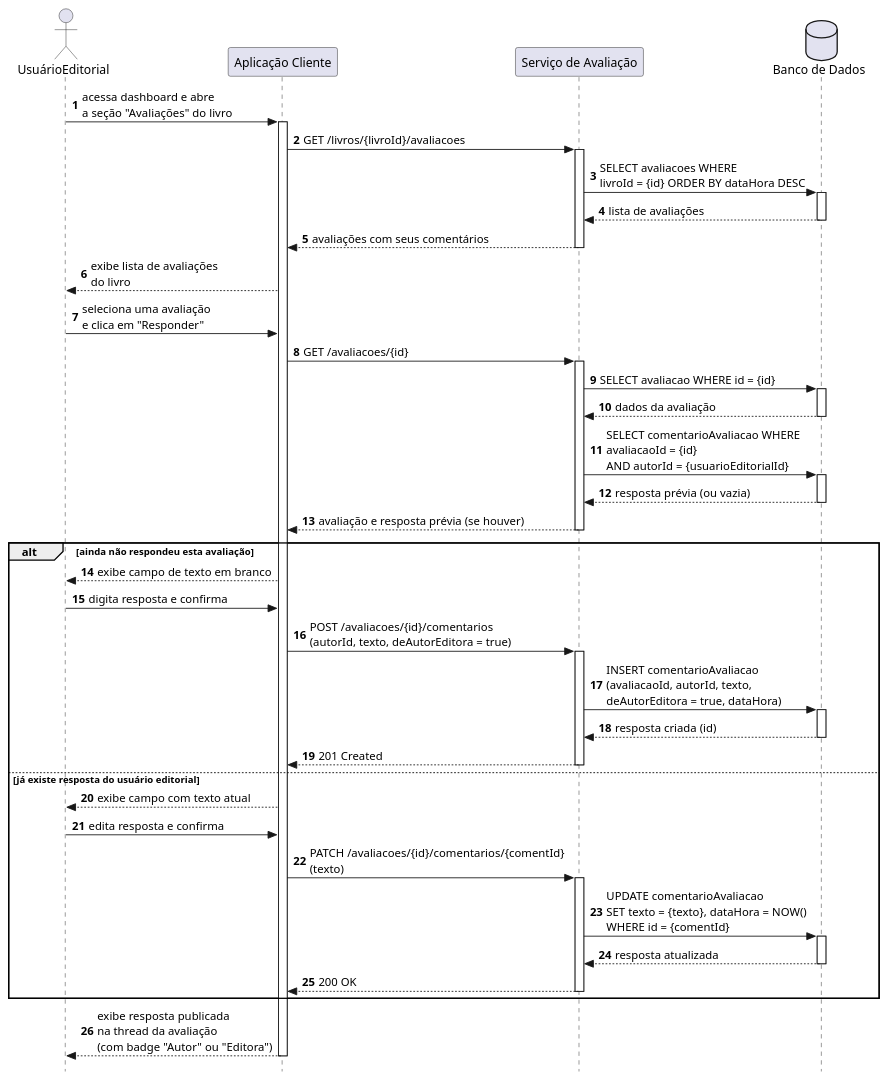
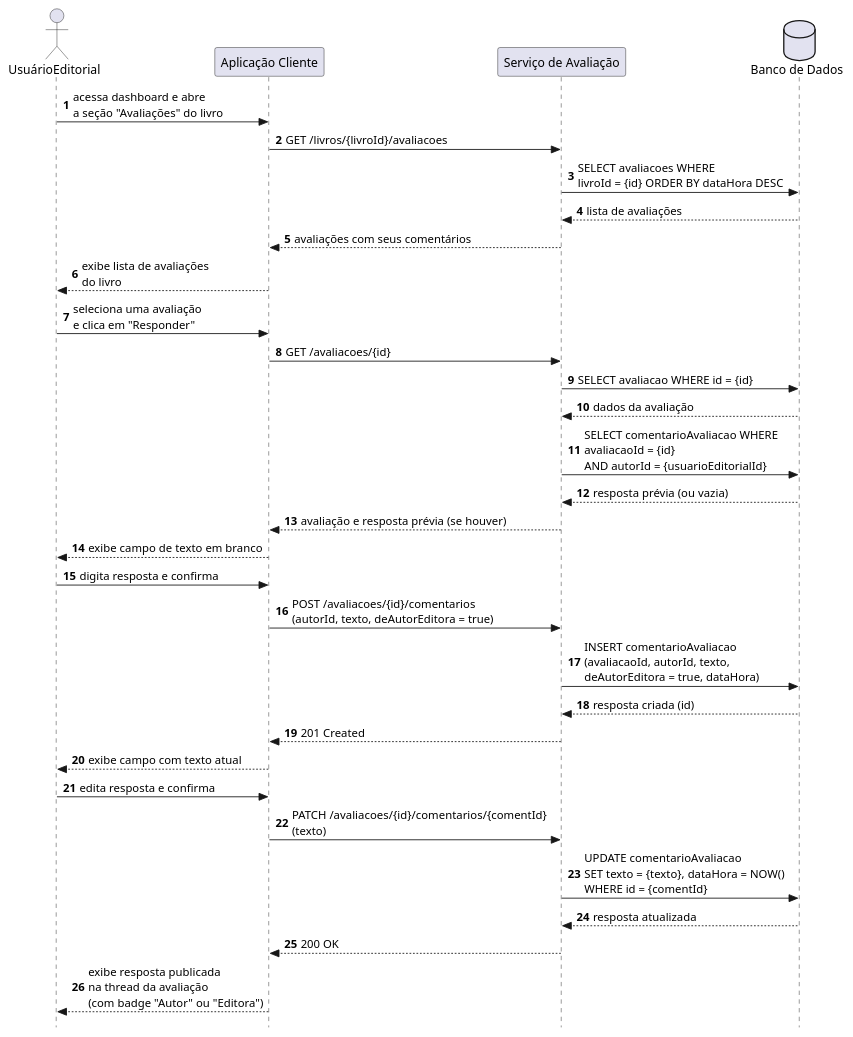
The diagram in docs/codigo-plantuml/diagramas-comunicacao/avaliacoes/dc-responder_avaliacoes.puml (jalv21/iLib), drawn with PlantUML before and after one commit.

Commit message:
docs/criando diagrama de comunicação para responder avaliações

```diff
--- a/docs/codigo-plantuml/diagramas-comunicacao/avaliacoes/dc-responder_avaliacoes.puml
+++ b/docs/codigo-plantuml/diagramas-comunicacao/avaliacoes/dc-responder_avaliacoes.puml
@@ -1,67 +1,44 @@
 @startuml ds-responder_avaliacoes
 autonumber
 skinparam style strictuml
 
 actor UsuarioEditorial as "UsuárioEditorial"
 participant Client           as "Aplicação Cliente"
 participant ServiceAvaliacao as "Serviço de Avaliação"
 database    BD               as "Banco de Dados"
 
 UsuarioEditorial -> Client : acessa dashboard e abre\na seção "Avaliações" do livro
-activate Client
 
 Client -> ServiceAvaliacao : GET /livros/{livroId}/avaliacoes
-activate ServiceAvaliacao
 ServiceAvaliacao -> BD : SELECT avaliacoes WHERE\nlivroId = {id} ORDER BY dataHora DESC
-activate BD
 BD --> ServiceAvaliacao : lista de avaliações
-deactivate BD
 ServiceAvaliacao --> Client : avaliações com seus comentários
-deactivate ServiceAvaliacao
 
 Client --> UsuarioEditorial : exibe lista de avaliações\ndo livro
 
 UsuarioEditorial -> Client : seleciona uma avaliação\ne clica em "Responder"
 
 Client -> ServiceAvaliacao : GET /avaliacoes/{id}
-activate ServiceAvaliacao
 ServiceAvaliacao -> BD : SELECT avaliacao WHERE id = {id}
-activate BD
 BD --> ServiceAvaliacao : dados da avaliação
-deactivate BD
 
 ServiceAvaliacao -> BD : SELECT comentarioAvaliacao WHERE\navaliacaoId = {id}\nAND autorId = {usuarioEditorialId}
-activate BD
 BD --> ServiceAvaliacao : resposta prévia (ou vazia)
-deactivate BD
 ServiceAvaliacao --> Client : avaliação e resposta prévia (se houver)
-deactivate ServiceAvaliacao
 
-alt ainda não respondeu esta avaliação
-    Client --> UsuarioEditorial : exibe campo de texto em branco
-    UsuarioEditorial -> Client  : digita resposta e confirma
-    Client -> ServiceAvaliacao  : POST /avaliacoes/{id}/comentarios\n(autorId, texto, deAutorEditora = true)
-    activate ServiceAvaliacao
-    ServiceAvaliacao -> BD : INSERT comentarioAvaliacao\n(avaliacaoId, autorId, texto,\ndeAutorEditora = true, dataHora)
-    activate BD
-    BD --> ServiceAvaliacao : resposta criada (id)
-    deactivate BD
-    ServiceAvaliacao --> Client : 201 Created
-    deactivate ServiceAvaliacao
-else já existe resposta do usuário editorial
-    Client --> UsuarioEditorial : exibe campo com texto atual
-    UsuarioEditorial -> Client  : edita resposta e confirma
-    Client -> ServiceAvaliacao  : PATCH /avaliacoes/{id}/comentarios/{comentId}\n(texto)
-    activate ServiceAvaliacao
-    ServiceAvaliacao -> BD : UPDATE comentarioAvaliacao\nSET texto = {texto}, dataHora = NOW()\nWHERE id = {comentId}
-    activate BD
-    BD --> ServiceAvaliacao : resposta atualizada
-    deactivate BD
-    ServiceAvaliacao --> Client : 200 OK
-    deactivate ServiceAvaliacao
-end
+Client --> UsuarioEditorial : exibe campo de texto em branco
+UsuarioEditorial -> Client  : digita resposta e confirma
+Client -> ServiceAvaliacao  : POST /avaliacoes/{id}/comentarios\n(autorId, texto, deAutorEditora = true)
+ServiceAvaliacao -> BD : INSERT comentarioAvaliacao\n(avaliacaoId, autorId, texto,\ndeAutorEditora = true, dataHora)
+BD --> ServiceAvaliacao : resposta criada (id)
+ServiceAvaliacao --> Client : 201 Created
+Client --> UsuarioEditorial : exibe campo com texto atual
+UsuarioEditorial -> Client  : edita resposta e confirma
+Client -> ServiceAvaliacao  : PATCH /avaliacoes/{id}/comentarios/{comentId}\n(texto)
+ServiceAvaliacao -> BD : UPDATE comentarioAvaliacao\nSET texto = {texto}, dataHora = NOW()\nWHERE id = {comentId}
+BD --> ServiceAvaliacao : resposta atualizada
+ServiceAvaliacao --> Client : 200 OK
 
 Client --> UsuarioEditorial : exibe resposta publicada\nna thread da avaliação\n(com badge "Autor" ou "Editora")
-deactivate Client
 
 @enduml
```
